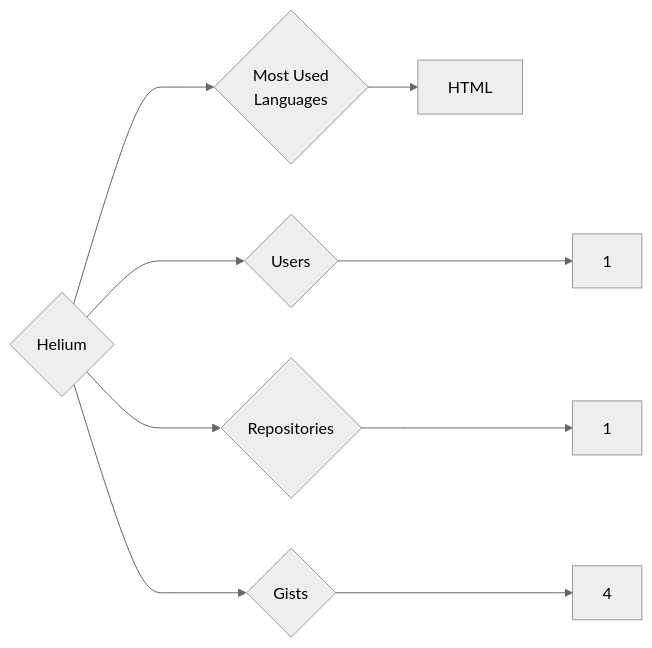
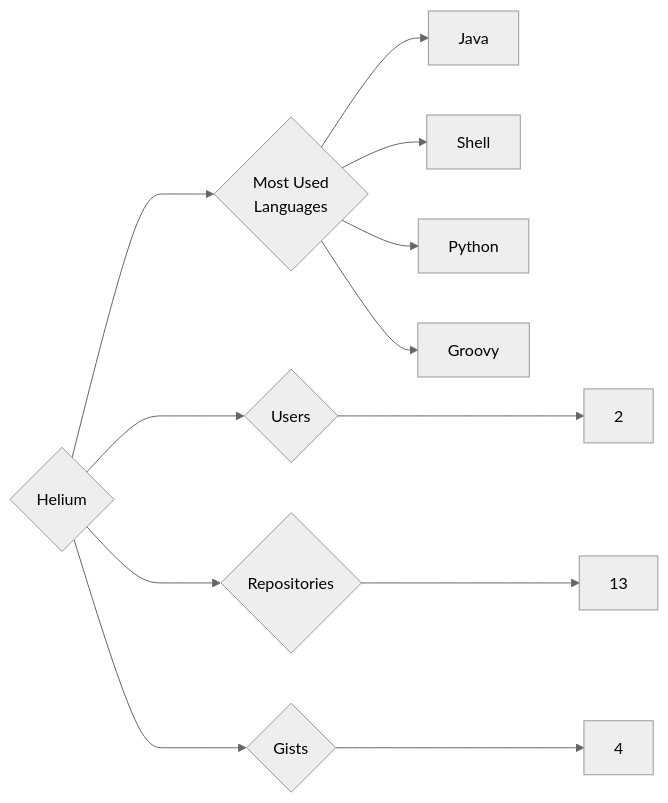
One commit to trickest/insiders changed the diagram in targets/Helium/README.md. Above: the diagram before and after it, drawn with Mermaid (neutral theme). The commit also changed 1036 other files, not shown here.

````diff
--- a/targets/Helium/README.md
+++ b/targets/Helium/README.md
@@ -3,9 +3,12 @@
 ```mermaid
 graph LR
 COMPANY_NAME{Helium}
-COMPANY_NAME ---> U{Users} ---> UN[1]
-COMPANY_NAME ---> R{Repositories} ---> RN[1]
+COMPANY_NAME ---> U{Users} ---> UN[2]
+COMPANY_NAME ---> R{Repositories} ---> RN[13]
 COMPANY_NAME ---> G{Gists} ---> GN[4]
 COMPANY_NAME ---> ML{Most Used<br>Languages}
-ML --> HTML[HTML]
+ML --> Java[Java]
+ML --> Shell[Shell]
+ML --> Python[Python]
+ML --> Groovy[Groovy]
 ```
````
